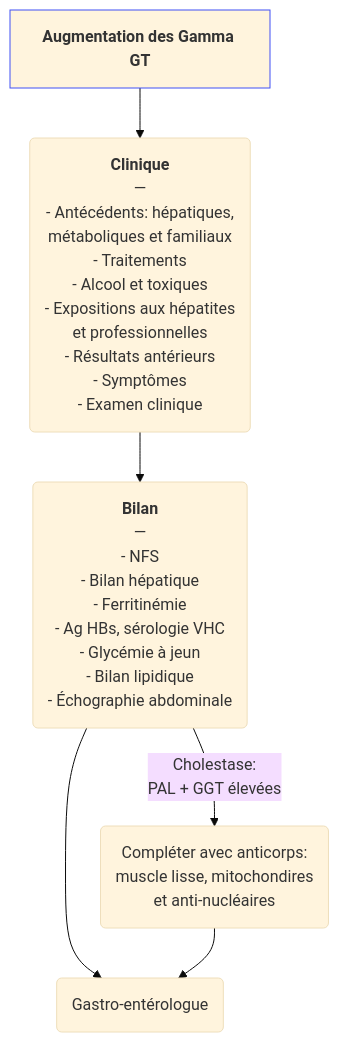
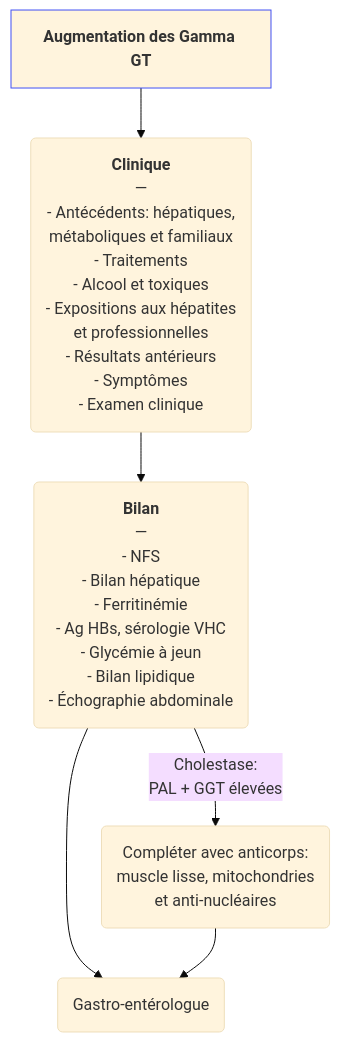
One commit to djibe/recommandations-medicales changed the diagram in content/recommandations/augmentation-gamma-gt.md. Above: the diagram before and after it, drawn with Mermaid (base theme). The commit also changed 32 other files, not shown here.

```diff
--- a/content/recommandations/augmentation-gamma-gt.md
+++ b/content/recommandations/augmentation-gamma-gt.md
@@ -135,6 +135,6 @@
 {{< mermaid title="Prise en charge d'une augmentation de la Gamma-GT par le médecin généraliste. Dr JB Fron d'après SNFGE et BSG" >}}
 graph TB
   augmentation["<b>Augmentation des Gamma GT</b>"] --> clinique("<b>Clinique</b><br>—<br>- Antécédents: hépatiques,<br>métaboliques et familiaux<br>- Traitements<br>- Alcool et toxiques<br>- Expositions aux hépatites<br>et professionnelles<br>- Résultats antérieurs<br>- Symptômes<br>- Examen clinique") --> bilan("<b>Bilan</b><br>—<br>- NFS<br>- Bilan hépatique<br>- Ferritinémie<br>- Ag HBs, sérologie VHC<br>- Glycémie à jeun<br>- Bilan lipidique<br>- Échographie abdominale") --> gastro(Gastro-entérologue)
-  bilan -- "Cholestase:<br>PAL + GGT élevées" --> anticorps("Compléter avec anticorps:<br>muscle lisse, mitochondires<br>et anti-nucléaires") --> gastro
+  bilan -- "Cholestase:<br>PAL + GGT élevées" --> anticorps("Compléter avec anticorps:<br>muscle lisse, mitochondries<br>et anti-nucléaires") --> gastro
   style augmentation stroke:#4150f5, stroke-width:1px
 {{< /mermaid >}}
```
